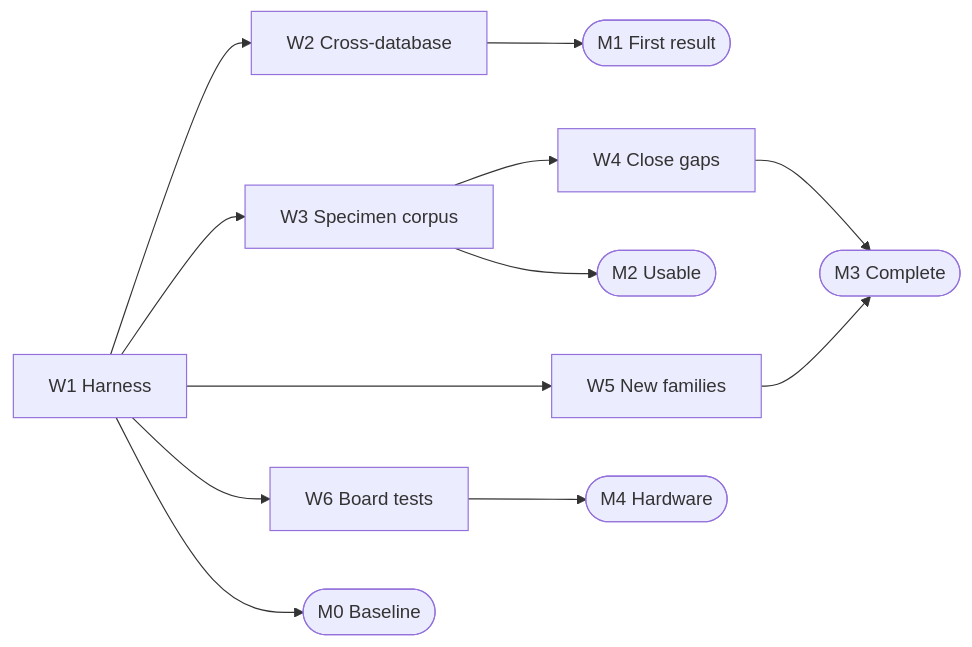
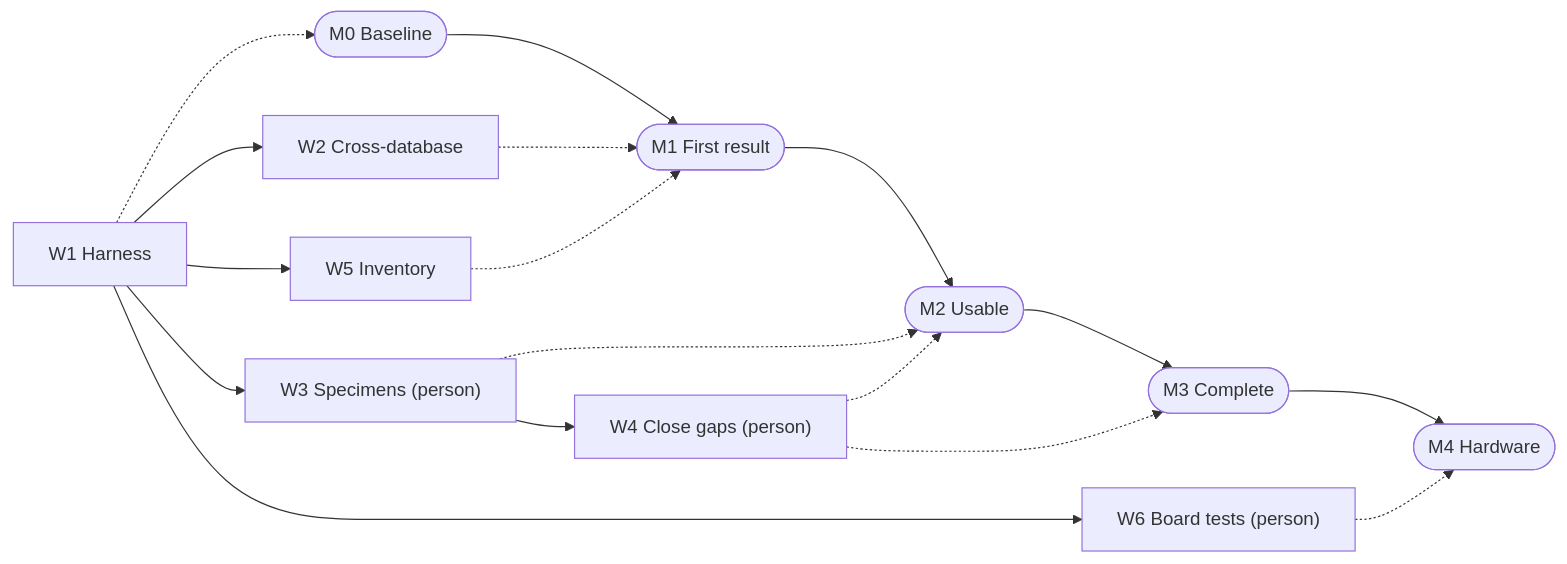
One commit to mithro/open-silicon-hitlist changed the diagram in projects/bitstream-atlas.md. Above: the diagram before and after it, drawn with Mermaid. The commit also changed other lines of this file, not shown here.

````diff
--- a/projects/bitstream-atlas.md
+++ b/projects/bitstream-atlas.md
@@ -402,14 +405,19 @@
 ```mermaid
 flowchart LR
   W1["W1 Harness"] --> W2["W2 Cross-database"]
-  W1 --> W3["W3 Specimen corpus"]
-  W1 --> W5["W5 New families"]
-  W1 --> W6["W6 Board tests"]
-  W3 --> W4["W4 Close gaps"]
-  W1 --> M0(["M0 Baseline"])
-  W2 --> M1(["M1 First result"])
-  W3 --> M2(["M2 Usable"])
-  W4 --> M3(["M3 Complete"])
-  W5 --> M3
-  W6 --> M4(["M4 Hardware"])
+  W1 --> W3["W3 Specimens (person)"]
+  W1 --> W5["W5 Inventory"]
+  W1 --> W6["W6 Board tests (person)"]
+  W3 --> W4["W4 Close gaps (person)"]
+  W1 -.-> M0(["M0 Baseline"])
+  M0 --> M1(["M1 First result"])
+  W2 -.-> M1
+  W5 -.-> M1
+  M1 --> M2(["M2 Usable"])
+  W3 -.-> M2
+  W4 -.-> M2
+  M2 --> M3(["M3 Complete"])
+  W4 -.-> M3
+  M3 --> M4(["M4 Hardware"])
+  W6 -.-> M4
 ```
````
